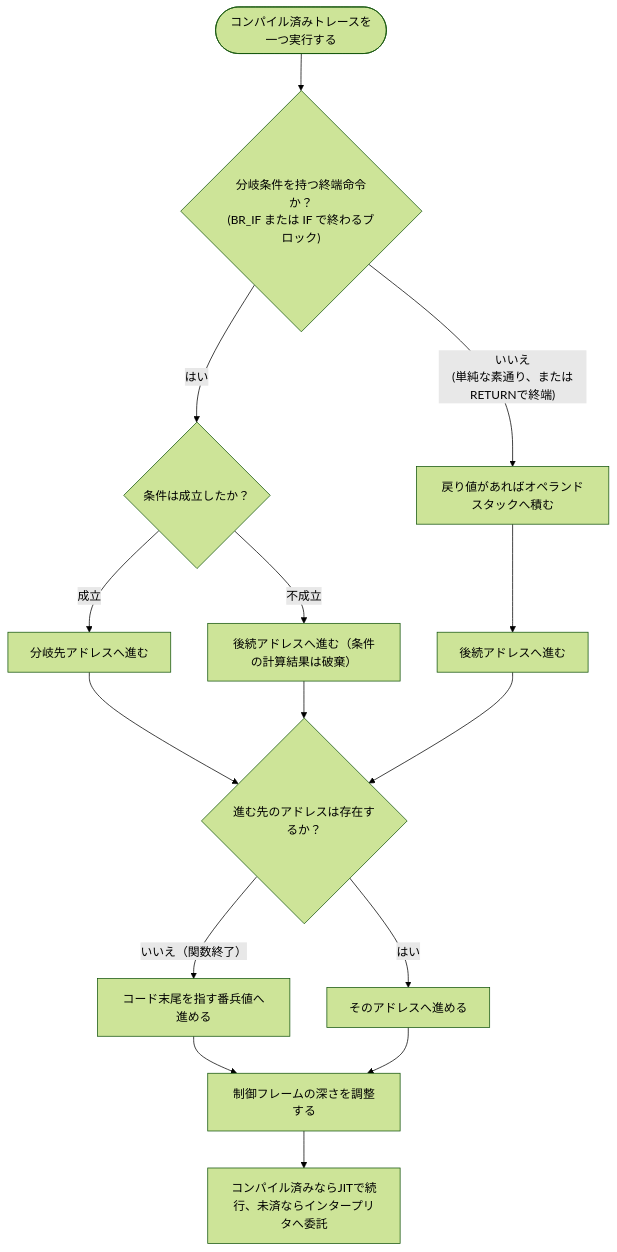
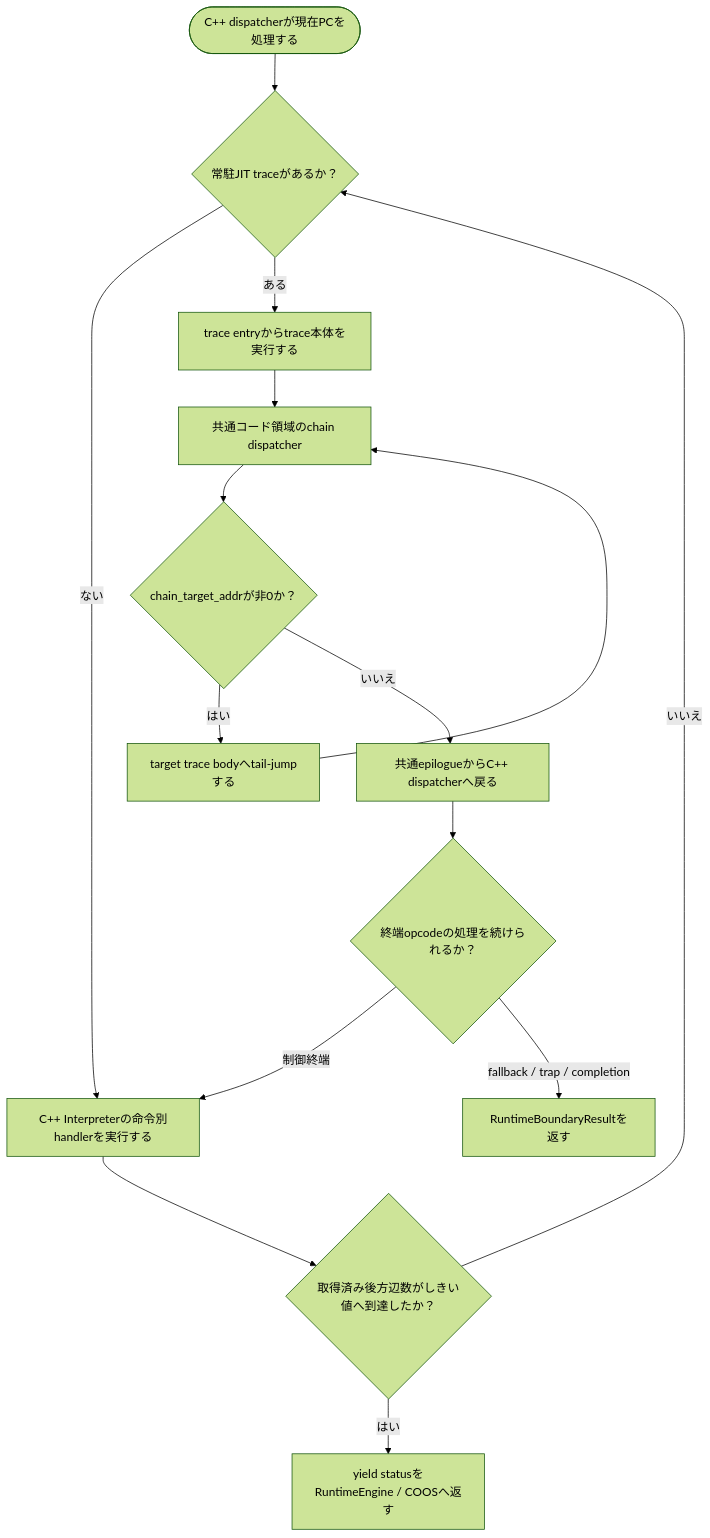
The sixth of 6 diagrams in docs/components/tier3_executer/jit_runtime.md (kmt-t/fireball), drawn with Mermaid (forest theme) before and after one commit. The commit also changed other lines of this file and 205 other files, not shown here.

````diff
--- a/docs/components/tier3_executer/jit_runtime.md
+++ b/docs/components/tier3_executer/jit_runtime.md
@@ -277,16 +286,17 @@
 ```mermaid
 flowchart TD
-    Start(["コンパイル済みトレースを一つ実行する"]) --> HasCond{"分岐条件を持つ終端命令か？<br/>(BR_IF または IF で終わるブロック)"}
-    HasCond -- "はい" --> CheckCond{"条件は成立したか？"}
-    CheckCond -- "成立" --> TakeBranch["分岐先アドレスへ進む"]
-    CheckCond -- "不成立" --> TakeFallthrough["後続アドレスへ進む（条件の計算結果は破棄）"]
-    HasCond -- "いいえ<br/>(単純な素通り、またはRETURNで終端)" --> PushResult["戻り値があればオペランドスタックへ積む"] --> TakeFallthrough2["後続アドレスへ進む"]
-    TakeBranch --> HasNext{"進む先のアドレスは存在するか？"}
-    TakeFallthrough --> HasNext
-    TakeFallthrough2 --> HasNext
-    HasNext -- "いいえ（関数終了）" --> EndSentinel["コード末尾を指す番兵値へ進める"]
-    HasNext -- "はい" --> NormalAdvance["そのアドレスへ進める"]
-    EndSentinel --> Reconcile["制御フレームの深さを調整する"]
-    NormalAdvance --> Reconcile
-    Reconcile --> Dispatch["コンパイル済みならJITで続行、未済ならインタープリタへ委託"]
+    Start(["C++ dispatcherが現在PCを処理する"]) --> Lookup{"常駐JIT traceがあるか？"}
+    Lookup -- "ない" --> Handler["C++ Interpreterの命令別handlerを実行する"]
+    Lookup -- "ある" --> Entry["trace entryからtrace本体を実行する"]
+    Entry --> Chain["共通コード領域のchain dispatcher"]
+    Chain --> Target{"chain_target_addrが非0か？"}
+    Target -- "はい" --> Body["target trace bodyへtail-jumpする"]
+    Body --> Chain
+    Target -- "いいえ" --> Epilogue["共通epilogueからC++ dispatcherへ戻る"]
+    Epilogue --> Terminator{"終端opcodeの処理を続けられるか？"}
+    Terminator -- "制御終端" --> Handler
+    Terminator -- "fallback / trap / completion" --> Boundary["RuntimeBoundaryResultを返す"]
+    Handler --> Backedge{"取得済み後方辺数がしきい値へ到達したか？"}
+    Backedge -- "はい" --> Yield["yield statusをRuntimeEngine / COOSへ返す"]
+    Backedge -- "いいえ" --> Lookup
 ```
````
